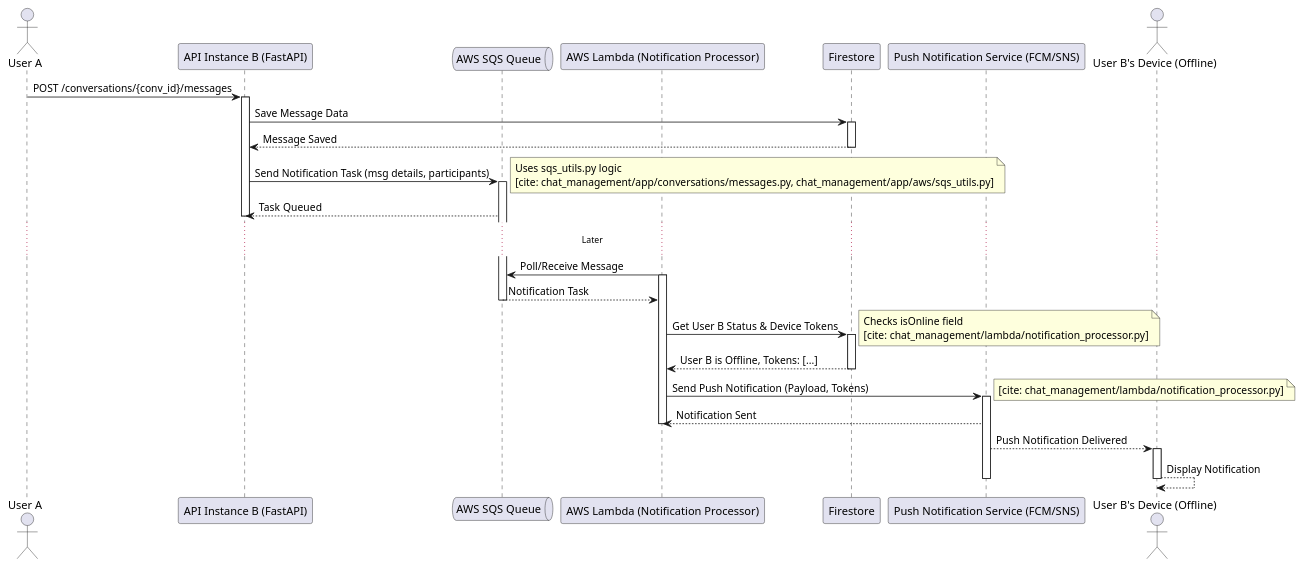
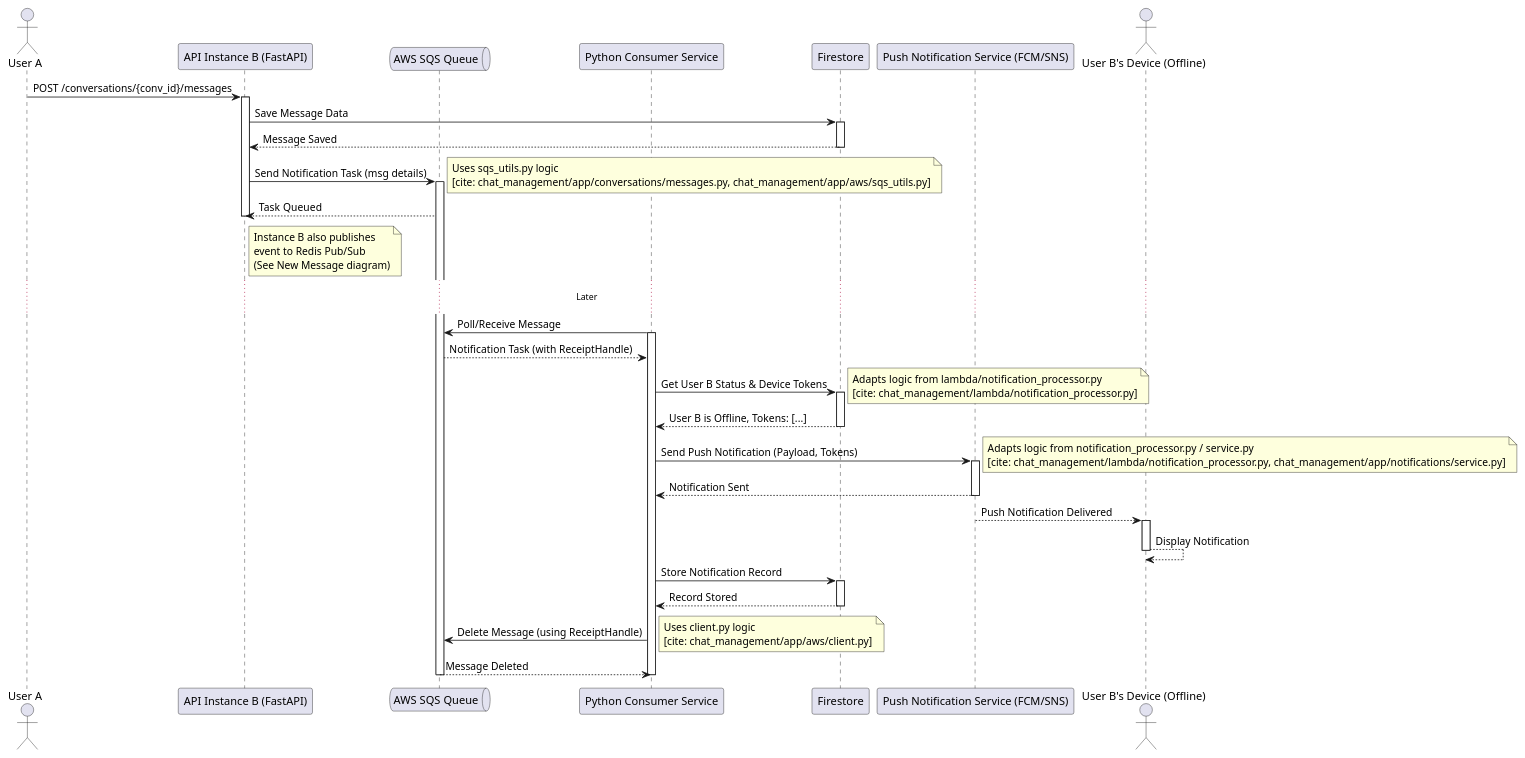
The diagram in chat_management/docs/sqs_flow/sqs_flow.puml (Software-Architecture-HCMUT-242/zalo-phake), drawn with PlantUML before and after one commit. The commit also changed 11 other files, not shown here.

Commit message:
Refactor message handling to implement new message flow architecture; enhance offline notification processing with SQS and Redis integration

```diff
--- a/chat_management/docs/sqs_flow/sqs_flow.puml
+++ b/chat_management/docs/sqs_flow/sqs_flow.puml
@@ -1,50 +1,66 @@
-@startuml SQS Flow for Offline Notification
+@startuml SQS Flow with Python Consumer for Offline Notification
 
 actor "User A" as UserA
 participant "API Instance B (FastAPI)" as InstB
 queue "AWS SQS Queue" as SQS
-participant "AWS Lambda (Notification Processor)" as Lambda
+participant "Python Consumer Service" as Consumer
 participant "Firestore" as FS
 participant "Push Notification Service (FCM/SNS)" as PNS
 actor "User B's Device (Offline)" as UserBDevice
 
 UserA -> InstB : POST /conversations/{conv_id}/messages
 activate InstB
 
 InstB -> FS : Save Message Data
 activate FS
 FS --> InstB : Message Saved
 deactivate FS
 
-InstB -> SQS : Send Notification Task (msg details, participants)
+InstB -> SQS : Send Notification Task (msg details)
 note right: Uses sqs_utils.py logic \n[cite: chat_management/app/conversations/messages.py, chat_management/app/aws/sqs_utils.py]
 activate SQS
 SQS --> InstB : Task Queued
+
+note right of InstB
+  Instance B also publishes
+  event to Redis Pub/Sub
+  (See New Message diagram)
+end note
 deactivate InstB
+
 
 ... Later ...
 
-Lambda -> SQS : Poll/Receive Message
-activate Lambda
-SQS --> Lambda : Notification Task
-deactivate SQS
+Consumer -> SQS : Poll/Receive Message
+activate Consumer
+SQS --> Consumer : Notification Task (with ReceiptHandle)
 
-Lambda -> FS : Get User B Status & Device Tokens
-note right: Checks isOnline field \n[cite: chat_management/lambda/notification_processor.py]
+Consumer -> FS : Get User B Status & Device Tokens
+note right: Adapts logic from lambda/notification_processor.py \n[cite: chat_management/lambda/notification_processor.py]
 activate FS
-FS --> Lambda : User B is Offline, Tokens: [...]
+FS --> Consumer : User B is Offline, Tokens: [...]
 deactivate FS
 
-Lambda -> PNS : Send Push Notification (Payload, Tokens)
-note right: [cite: chat_management/lambda/notification_processor.py]
+Consumer -> PNS : Send Push Notification (Payload, Tokens)
+note right: Adapts logic from notification_processor.py / service.py \n[cite: chat_management/lambda/notification_processor.py, chat_management/app/notifications/service.py]
 activate PNS
-PNS --> Lambda : Notification Sent
-deactivate Lambda
+PNS --> Consumer : Notification Sent
+deactivate PNS
 
 PNS --> UserBDevice : Push Notification Delivered
 activate UserBDevice
 UserBDevice --> UserBDevice : Display Notification
 deactivate UserBDevice
-deactivate PNS
+
+Consumer -> FS : Store Notification Record
+activate FS
+FS --> Consumer : Record Stored
+deactivate FS
+
+Consumer -> SQS : Delete Message (using ReceiptHandle)
+note right: Uses client.py logic \n[cite: chat_management/app/aws/client.py]
+SQS --> Consumer : Message Deleted
+deactivate SQS
+deactivate Consumer
 
 @enduml
```
